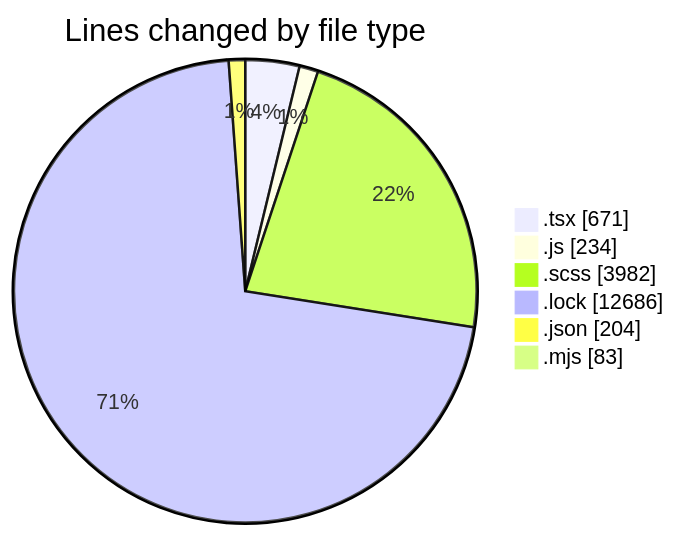
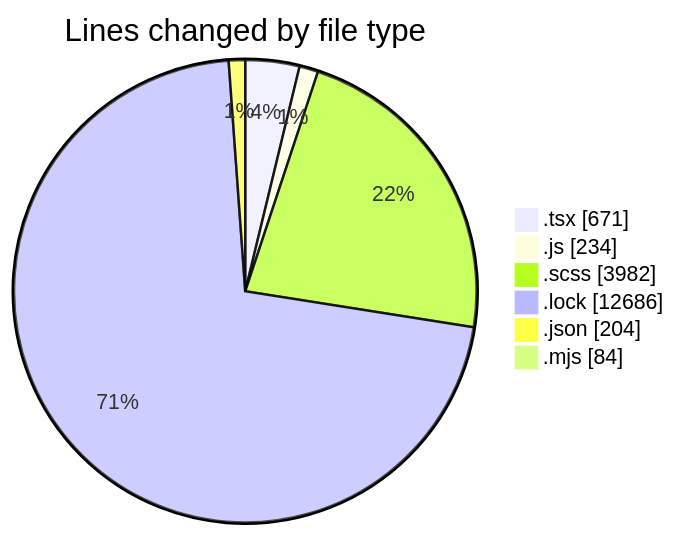
Before and after one commit to momahboobian/code-tracking: the first of 2 diagrams in 2026-01-22/cda-web-components/README.md, drawn with Mermaid. The commit also changed other lines of this file and 1 other file, not shown here.

````diff
--- a/2026-01-22/cda-web-components/README.md
+++ b/2026-01-22/cda-web-components/README.md
@@ -58,10 +58,10 @@
 ```mermaid
 pie showData
 title Lines changed by file type
 ".tsx" : 671
 ".js" : 234
 ".scss" : 3982
 ".lock" : 12686
 ".json" : 204
-".mjs" : 83
+".mjs" : 84
 ```
````
